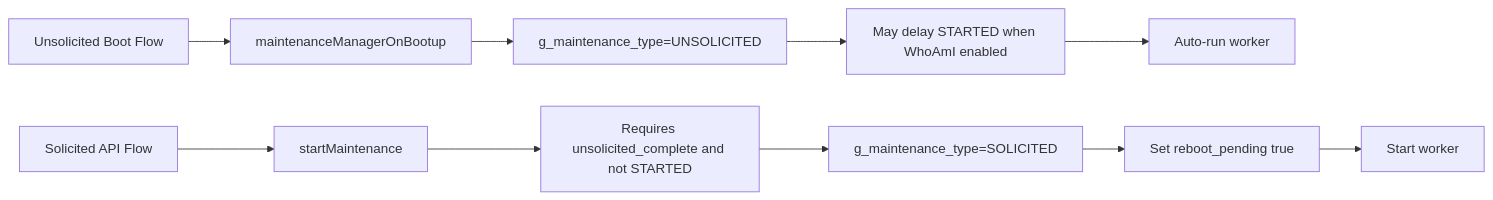
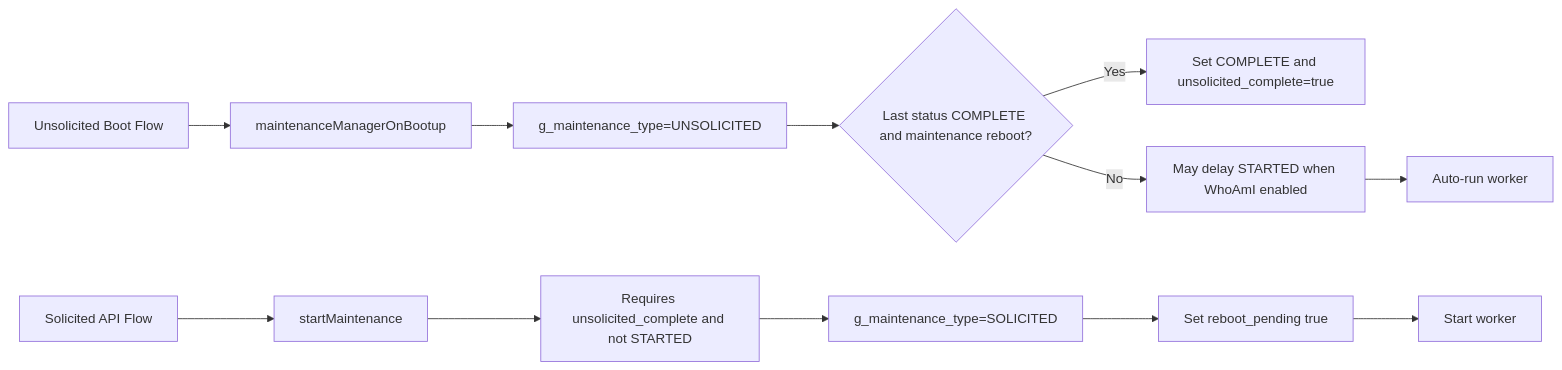
The fifth of 6 diagrams in openspec/diagrams/runtime-sequences.md (rdkcentral/entservices-maintenancemanager), drawn with Mermaid before and after one commit. The commit also changed other lines of this file and 7 other files, not shown here.

Commit message:
RDKEMW-19245: Update OpenSpec Specification to latest MM flow (#219)

````diff
--- a/openspec/diagrams/runtime-sequences.md
+++ b/openspec/diagrams/runtime-sequences.md
@@ -102,13 +105,15 @@
 ```mermaid
 flowchart LR
     U[Unsolicited Boot Flow] --> U1[maintenanceManagerOnBootup]
     U1 --> U2[g_maintenance_type=UNSOLICITED]
-    U2 --> U3[May delay STARTED when WhoAmI enabled]
-    U3 --> U4[Auto-run worker]
+    U2 --> U3{Last status COMPLETE and maintenance reboot?}
+    U3 -- Yes --> U4[Set COMPLETE and unsolicited_complete=true]
+    U3 -- No --> U5[May delay STARTED when WhoAmI enabled]
+    U5 --> U6[Auto-run worker]
 
     S[Solicited API Flow] --> S1[startMaintenance]
     S1 --> S2[Requires unsolicited_complete and not STARTED]
     S2 --> S3[g_maintenance_type=SOLICITED]
     S3 --> S4[Set reboot_pending true]
     S4 --> S5[Start worker]
 ```
````
